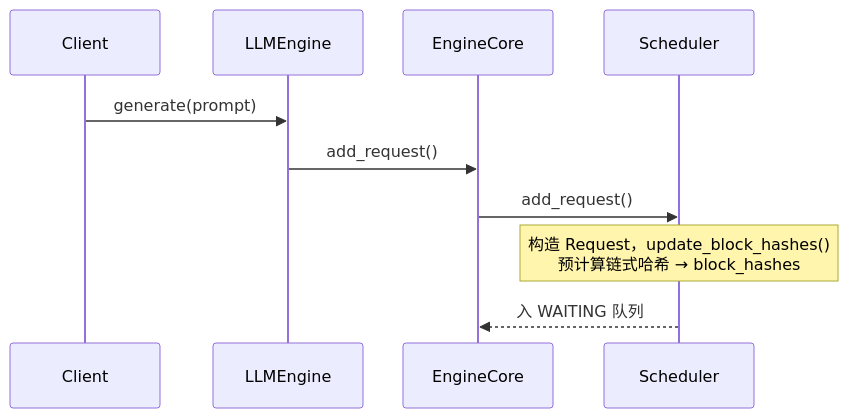
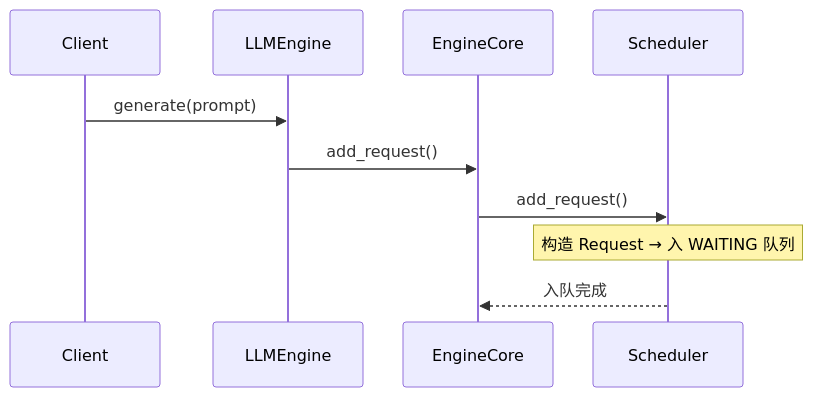
Before and after one commit to GoCHug/vllm: the second of 5 diagrams in vllm/v1/core/kvcache_study/kvcache_docs/npu_hybrid/2_runtime_sequence.md, drawn with Mermaid. The commit also changed other lines of this file and 3 other files, not shown here.

````diff
--- a/vllm/v1/core/kvcache_study/kvcache_docs/npu_hybrid/2_runtime_sequence.md
+++ b/vllm/v1/core/kvcache_study/kvcache_docs/npu_hybrid/2_runtime_sequence.md
@@ -191,13 +192,13 @@
 ```mermaid
 %%{init: {"themeVariables": {"actorFontSize": "11px", "messageFontSize": "11px", "noteFontSize": "11px"}, "sequence": {"actorMargin": 40, "messageMargin": 16, "noteMargin": 8, "boxMargin": 8, "mirrorActors": true}}}%%
 sequenceDiagram
     participant Client
     participant LLMEngine
     participant EngineCore
     participant Scheduler
     Client->>LLMEngine: generate(prompt)
     LLMEngine->>EngineCore: add_request()
     EngineCore->>Scheduler: add_request()
-    Note over Scheduler: 构造 Request，update_block_hashes()<br/>预计算链式哈希 → block_hashes
-    Scheduler-->>EngineCore: 入 WAITING 队列
+    Note over Scheduler: 构造 Request → 入 WAITING 队列
+    Scheduler-->>EngineCore: 入队完成
 ```
````
